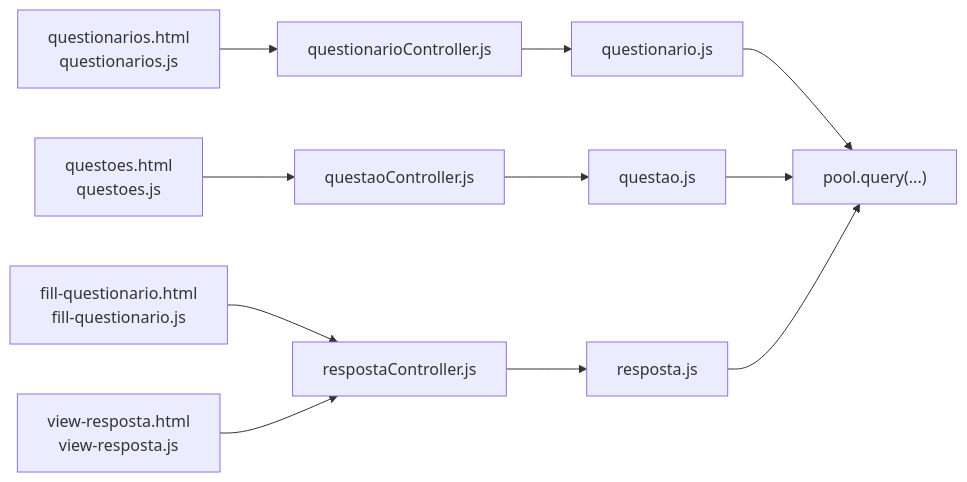
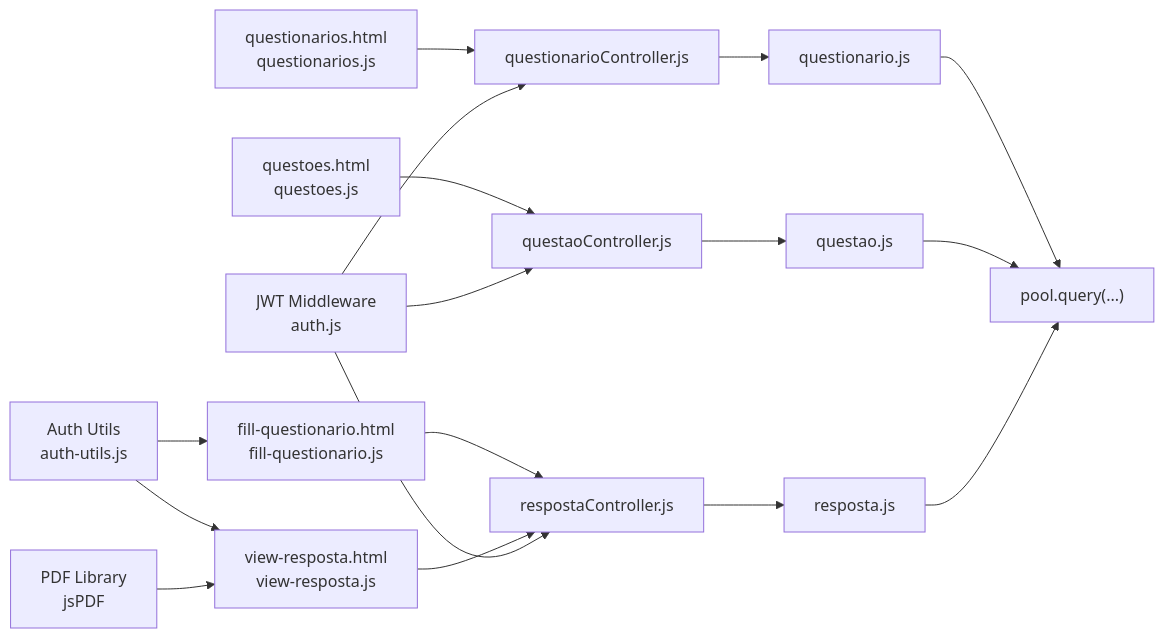
Before and after one commit to luiseduacosta/nodemural: the ninth of 9 diagrams in .qoder/repowiki/en/content/Core Features Implementation/Questionnaire & Assessment System.md, drawn with Mermaid. The commit also changed other lines of this file and 30 other files, not shown here.

Commit message:
Update tables schema.

````diff
--- a/.qoder/repowiki/en/content/Core Features Implementation/Questionnaire & Assessment System.md
+++ b/.qoder/repowiki/en/content/Core Features Implementation/Questionnaire & Assessment System.md
@@ -454,13 +375,19 @@
 ```mermaid
 graph LR
 FE_Q["questionarios.html<br/>questionarios.js"] --> C_Q["questionarioController.js"]
 FE_A["questoes.html<br/>questoes.js"] --> C_A["questaoController.js"]
 FE_F["fill-questionario.html<br/>fill-questionario.js"] --> C_R["respostaController.js"]
 FE_V["view-resposta.html<br/>view-resposta.js"] --> C_R
+SEC["JWT Middleware<br/>auth.js"] --> C_Q
+SEC --> C_A
+SEC --> C_R
+AUTH["Auth Utils<br/>auth-utils.js"] --> FE_F
+AUTH --> FE_V
+PDF["PDF Library<br/>jsPDF"] --> FE_V
 C_Q --> M_Q["questionario.js"]
 C_A --> M_A["questao.js"]
 C_R --> M_R["resposta.js"]
 M_Q --> DB["pool.query(...)"]
 M_A --> DB
 M_R --> DB
 ```
````
